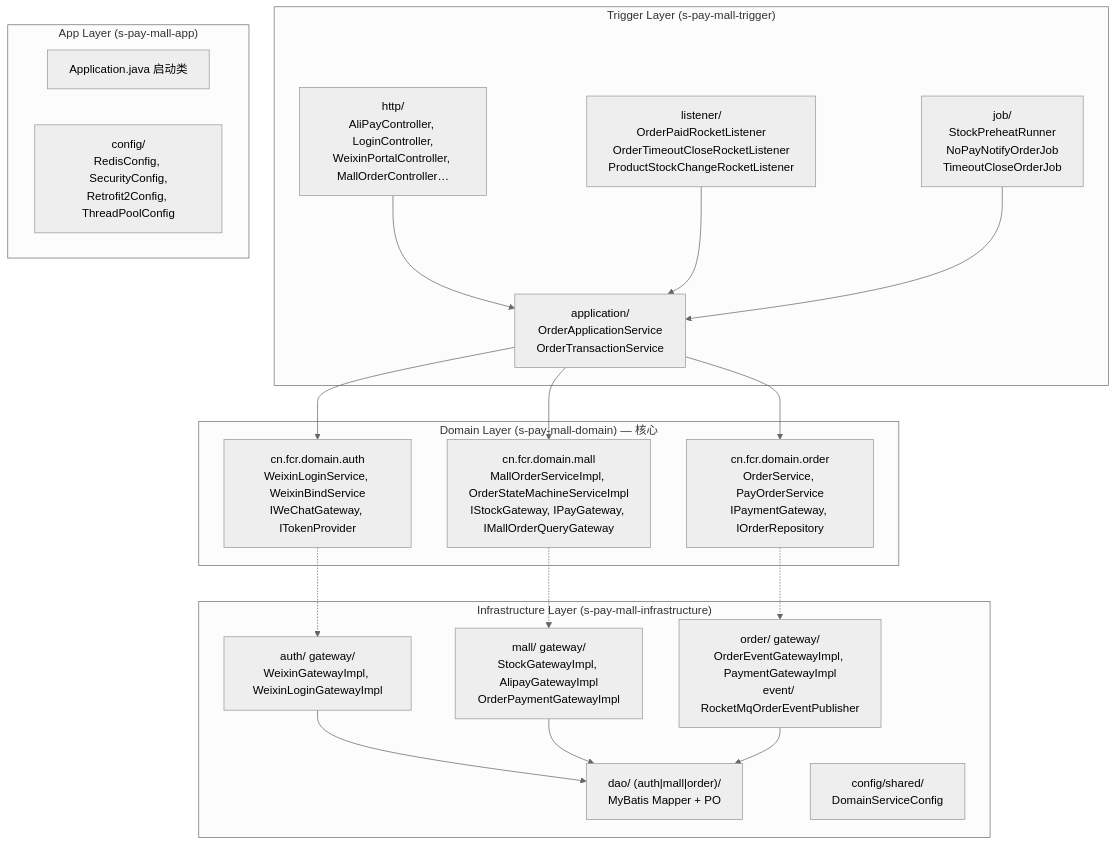
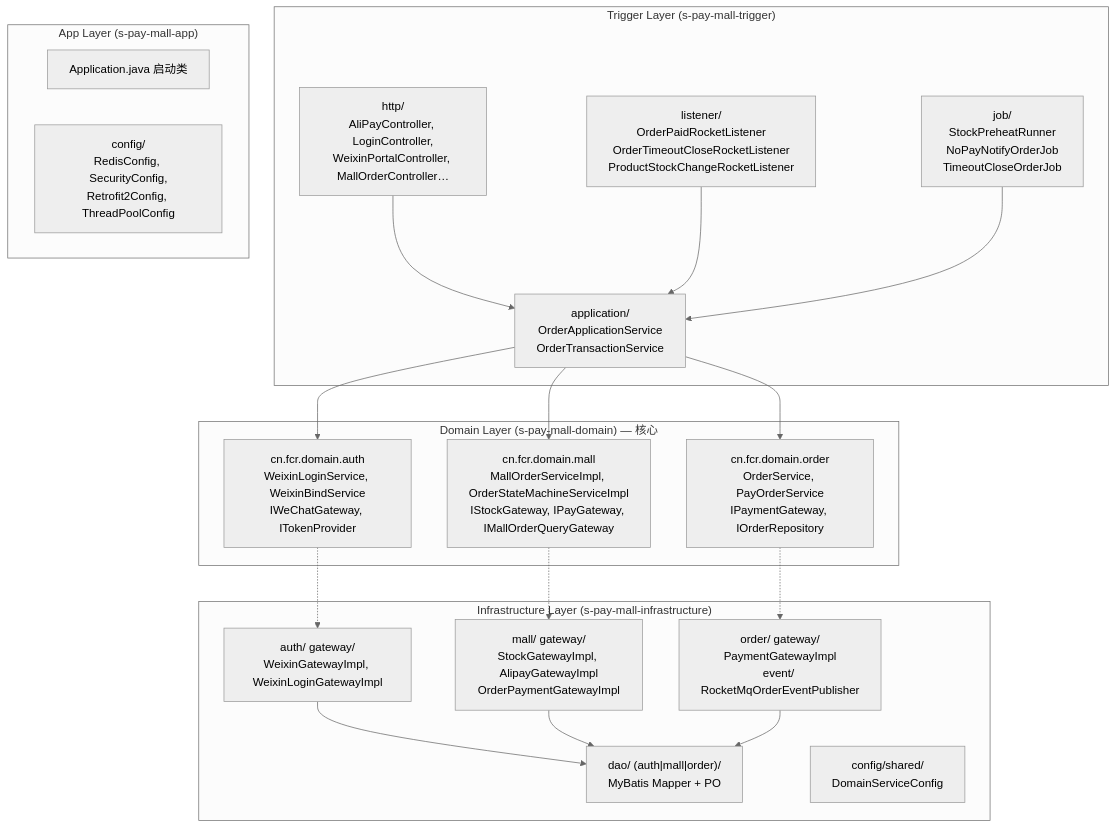
One commit to sxlva/s-pay-mall changed the first of 2 diagrams in docs/design/README.md. Above: the diagram before and after it, drawn with Mermaid (neutral theme). The commit also changed 5 other files, not shown here.

First line of the commit message:
refactor(order): 删除无调用方的 IOrderEventGateway/OrderEventGatewayImpl

````diff
--- a/docs/design/README.md
+++ b/docs/design/README.md
@@ -12,41 +12,41 @@
 ```mermaid
 flowchart TB
     subgraph Trigger["Trigger Layer (s-pay-mall-trigger)"]
         T1["http/<br/>AliPayController, LoginController,<br/>WeixinPortalController, MallOrderController…"]
         T2["listener/<br/>OrderPaidRocketListener<br/>OrderTimeoutCloseRocketListener<br/>ProductStockChangeRocketListener"]
         T3["job/<br/>StockPreheatRunner<br/>NoPayNotifyOrderJob<br/>TimeoutCloseOrderJob"]
         T4["application/<br/>OrderApplicationService<br/>OrderTransactionService"]
     end
 
     subgraph App["App Layer (s-pay-mall-app)"]
         A1["Application.java 启动类"]
         A2["config/<br/>RedisConfig, SecurityConfig,<br/>Retrofit2Config, ThreadPoolConfig"]
     end
 
     subgraph Domain["Domain Layer (s-pay-mall-domain) — 核心"]
         D1["cn.fcr.domain.auth<br/>WeixinLoginService, WeixinBindService<br/>IWeChatGateway, ITokenProvider"]
         D2["cn.fcr.domain.mall<br/>MallOrderServiceImpl, OrderStateMachineServiceImpl<br/>IStockGateway, IPayGateway, IMallOrderQueryGateway"]
         D3["cn.fcr.domain.order<br/>OrderService, PayOrderService<br/>IPaymentGateway, IOrderRepository"]
     end
 
     subgraph Infra["Infrastructure Layer (s-pay-mall-infrastructure)"]
         I1["auth/ gateway/<br/>WeixinGatewayImpl, WeixinLoginGatewayImpl"]
         I2["mall/ gateway/<br/>StockGatewayImpl, AlipayGatewayImpl<br/>OrderPaymentGatewayImpl"]
-        I3["order/ gateway/<br/>OrderEventGatewayImpl, PaymentGatewayImpl<br/>event/ RocketMqOrderEventPublisher"]
+        I3["order/ gateway/<br/>PaymentGatewayImpl<br/>event/ RocketMqOrderEventPublisher"]
         I4["dao/ (auth|mall|order)/<br/>MyBatis Mapper + PO"]
         I5["config/shared/<br/>DomainServiceConfig"]
     end
 
     T1 --> T4
     T2 --> T4
     T3 --> T4
     T4 --> D1
     T4 --> D2
     T4 --> D3
     D1 -.-> I1
     D2 -.-> I2
     D3 -.-> I3
     I1 --> I4
     I2 --> I4
     I3 --> I4
 ```
````
